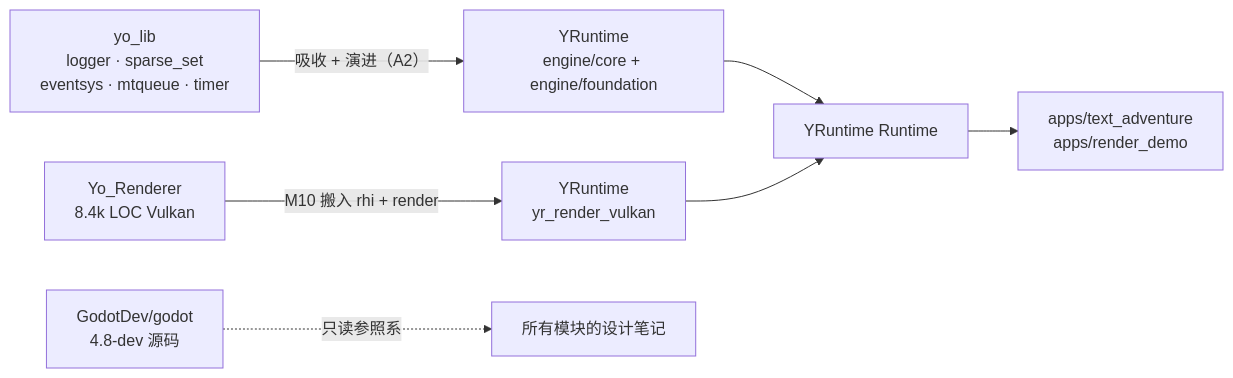
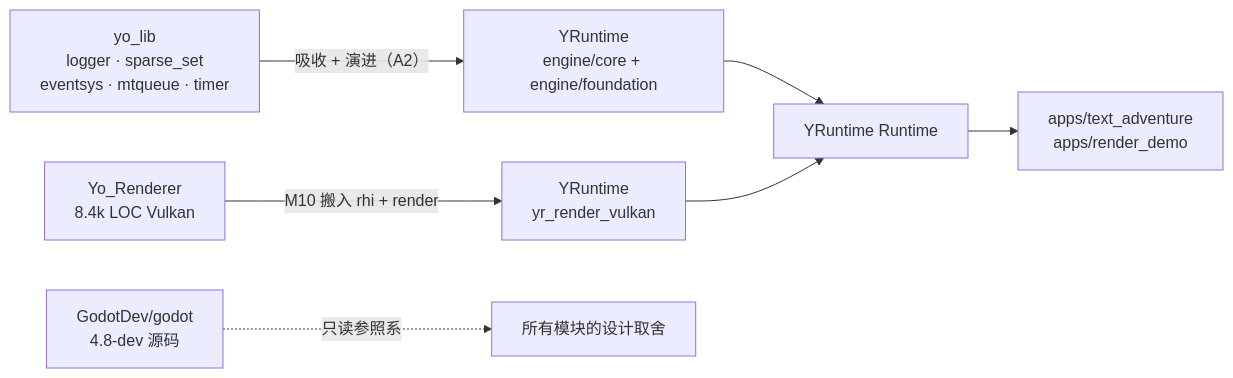
Before and after one commit to yoyorm/YRuntime: the diagram in doc/00-vision.md, drawn with Mermaid. The commit also changed other lines of this file and 18 other files, not shown here.

````diff
--- a/doc/00-vision.md
+++ b/doc/00-vision.md
@@ -149,9 +154,9 @@
 ```mermaid
 graph LR
     YL["yo_lib<br/>logger · sparse_set<br/>eventsys · mtqueue · timer"] -->|"吸收 + 演进（A2）"| CORE["YRuntime<br/>engine/core + engine/foundation"]
     YR["Yo_Renderer<br/>8.4k LOC Vulkan"] -->|"M10 搬入 rhi + render"| VK["YRuntime<br/>yr_render_vulkan"]
-    GD["GodotDev/godot<br/>4.8-dev 源码"] -.->|"只读参照系"| ALL["所有模块的设计笔记"]
+    GD["GodotDev/godot<br/>4.8-dev 源码"] -.->|"只读参照系"| ALL["所有模块的设计取舍"]
     CORE --> RUN["YRuntime Runtime"]
     VK --> RUN
     RUN --> DEMO["apps/text_adventure<br/>apps/render_demo"]
 ```
````
